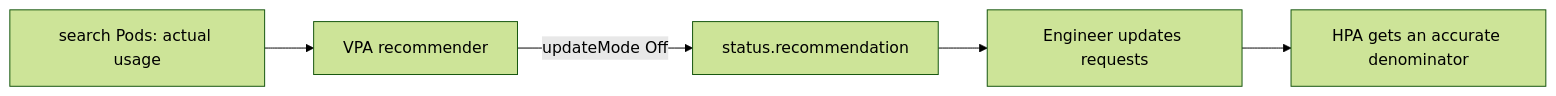
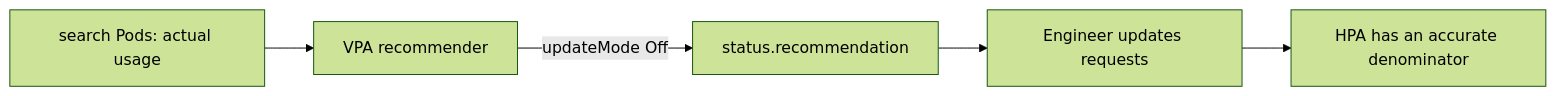
One commit to darshan-raul/apollo11-docs changed the first of 2 diagrams in docs/learn/scaling/vpa-and-capacity.md. Above: the diagram before and after it, drawn with Mermaid (forest theme). The commit also changed other lines of this file and 55 other files, not shown here.

````diff
--- a/docs/learn/scaling/vpa-and-capacity.md
+++ b/docs/learn/scaling/vpa-and-capacity.md
@@ -21,4 +29,4 @@
 ```mermaid
 flowchart LR
-  U[search Pods: actual usage] --> V[VPA recommender] -->|updateMode Off| Rec[status.recommendation] --> Eng[Engineer updates requests] --> HPA[HPA gets an accurate denominator]
+  U[search Pods: actual usage] --> V[VPA recommender] -->|updateMode Off| Rec[status.recommendation] --> Eng[Engineer updates requests] --> HPA[HPA has an accurate denominator]
 ```
````
